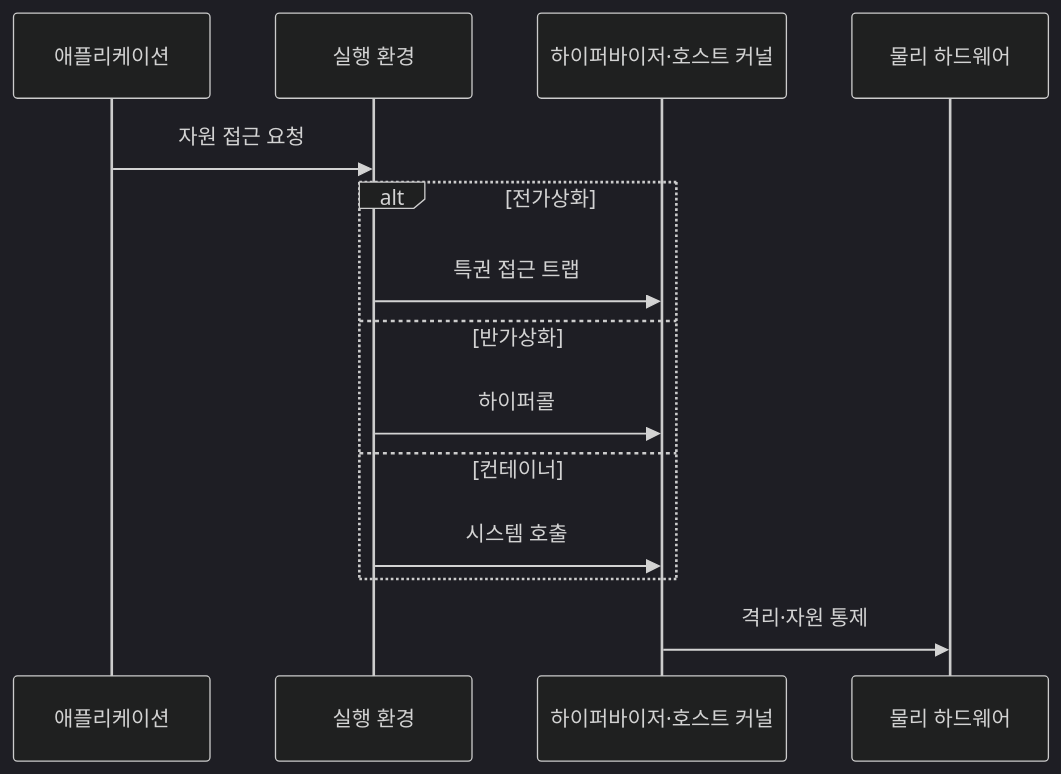
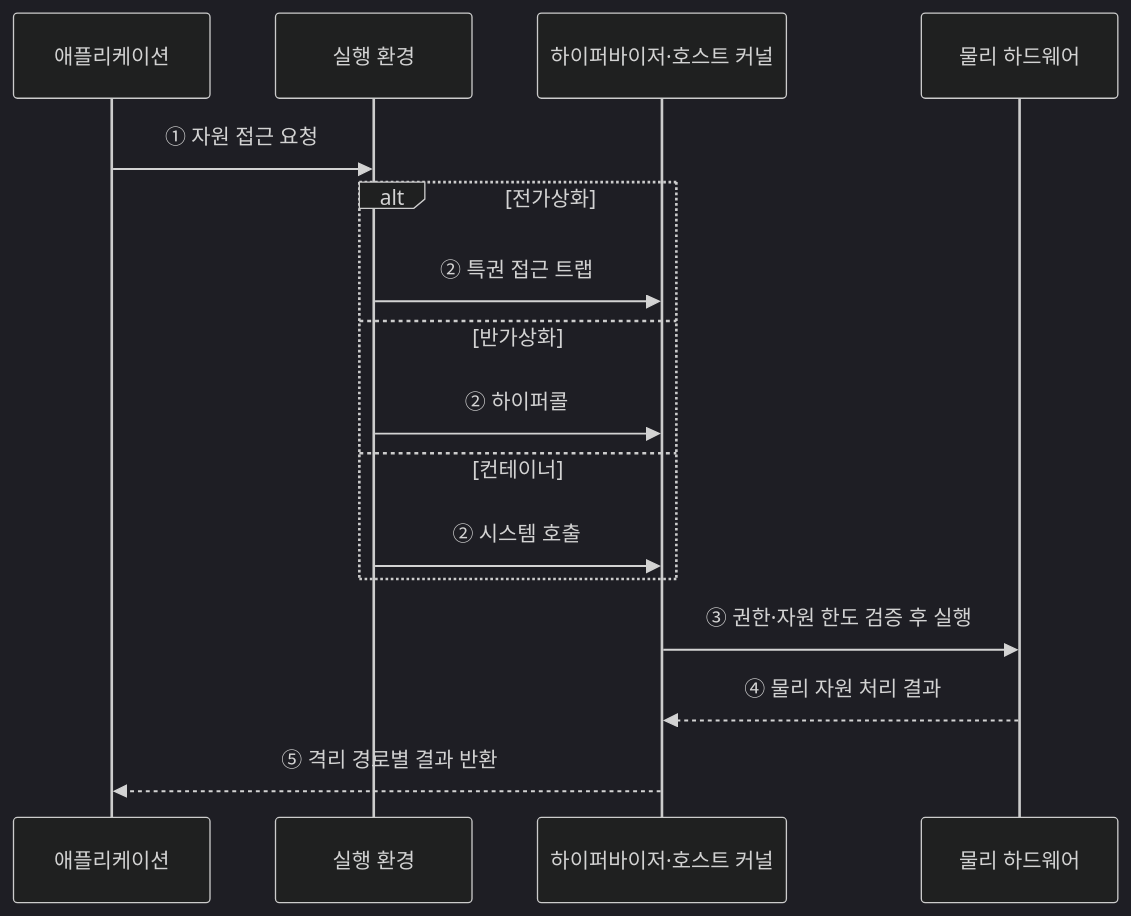
The second of 2 diagrams in src/content/docs/notes/03-software/019_full_para_container_virtualization.md (agnusdei1207/knowledge-base), drawn with Mermaid (dark theme) before and after one commit. The commit also changed other lines of this file and 20 other files, not shown here.

````diff
--- a/src/content/docs/notes/03-software/019_full_para_container_virtualization.md
+++ b/src/content/docs/notes/03-software/019_full_para_container_virtualization.md
@@ -93,16 +86,18 @@
 ```mermaid
 sequenceDiagram
     participant A as 애플리케이션
     participant E as 실행 환경
     participant R as 하이퍼바이저·호스트 커널
     participant H as 물리 하드웨어
-    A->>E: 자원 접근 요청
+    A->>E: ① 자원 접근 요청
     alt 전가상화
-        E->>R: 특권 접근 트랩
+        E->>R: ② 특권 접근 트랩
     else 반가상화
-        E->>R: 하이퍼콜
+        E->>R: ② 하이퍼콜
     else 컨테이너
-        E->>R: 시스템 호출
+        E->>R: ② 시스템 호출
     end
-    R->>H: 격리·자원 통제
+    R->>H: ③ 권한·자원 한도 검증 후 실행
+    H-->>R: ④ 물리 자원 처리 결과
+    R-->>A: ⑤ 격리 경로별 결과 반환
 ```
````
